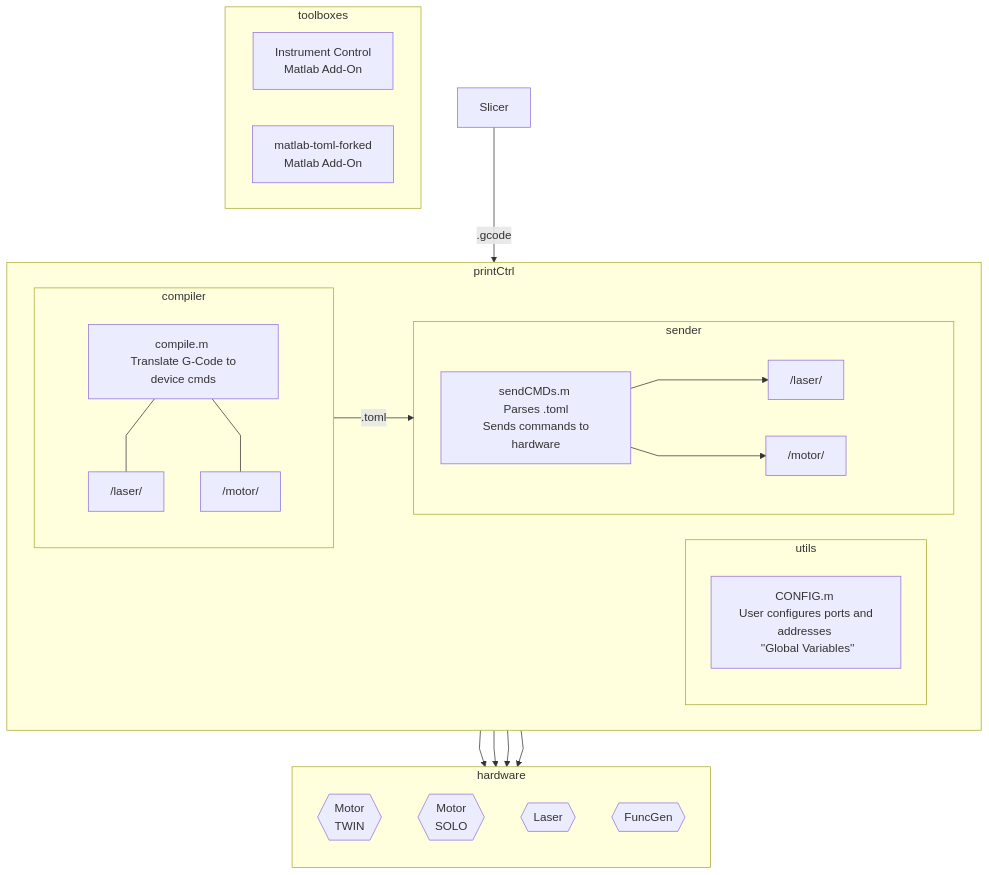
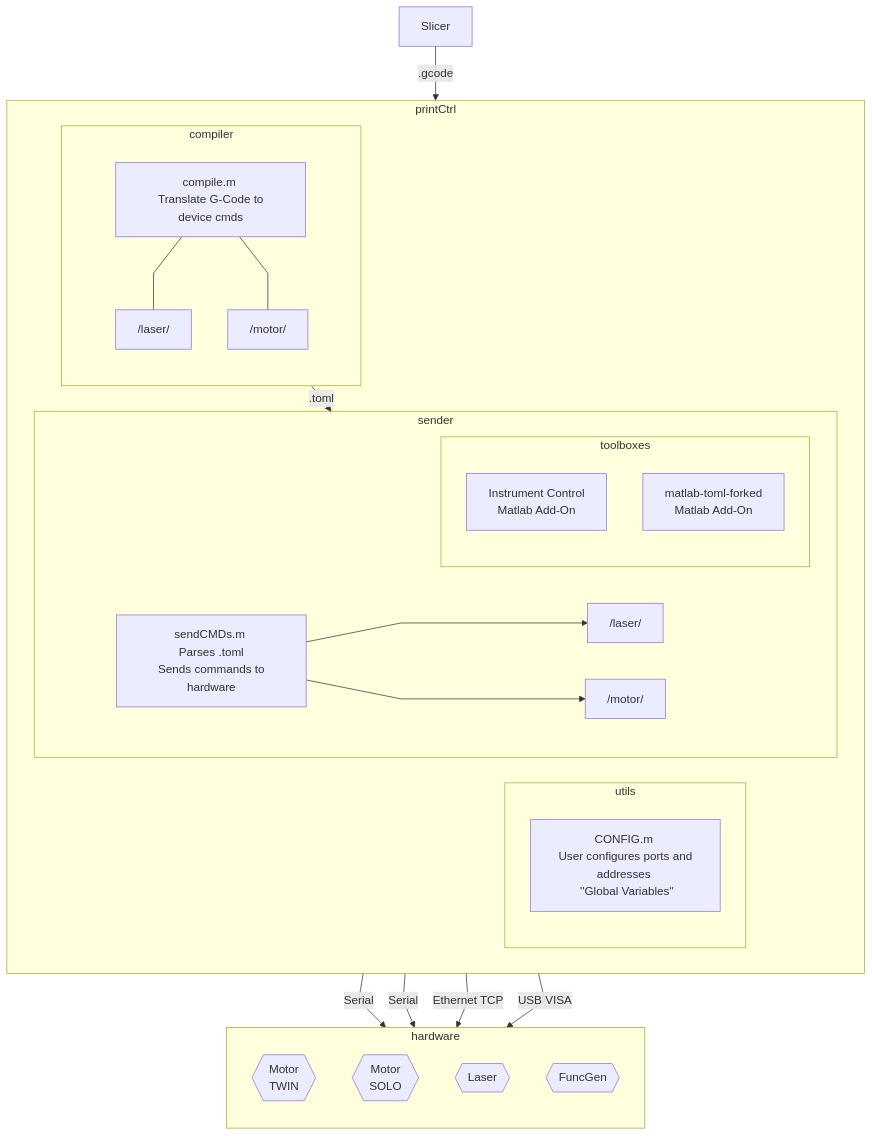
One commit to Aaron638/cpre491-senior-proj changed the second of 3 diagrams in docs/diagrams.md. Above: the diagram before and after it, drawn with Mermaid. The commit also changed other lines of this file and 14 other files, not shown here.

````diff
--- a/docs/diagrams.md
+++ b/docs/diagrams.md
@@ -63,50 +63,49 @@
 ```mermaid
-
 flowchart TB
     linkStyle default interpolate linear
     slicer["Slicer"];
 
     subgraph printCtrl
         direction LR
-
         
         subgraph compiler
             c["compile.m \n Translate G-Code to device cmds"];
             cm["/motor/ \n"];
             cl["/laser/ \n"];
 
             c --- cl & cm;
         end
 
         subgraph utils     
             cfg["CONFIG.m \n User configures ports and addresses \n ''Global Variables''"];
         end
 
         subgraph sender
             s["sendCMDs.m \n Parses .toml \n Sends commands to hardware"];
             sm["/motor/ \n"];
             sl["/laser/ \n"];
 
             s --> sl & sm;
+
+            subgraph toolboxes
+                pc3["Instrument Control \n Matlab Add-On"];
+                pc2["matlab-toml-forked \n Matlab Add-On"];
+            end
         end
     end
 
     slicer --.gcode--> compiler;
     compiler --.toml--> sender;
 
     subgraph hardware
         direction TB
         hw1{{"Motor \n TWIN"}};
         hw2{{"Motor \n SOLO"}};
         hw3{{"Laser"}};
         hw4{{"FuncGen"}};
     end
 
-    sl --> hw3 & hw4;
-    sm --> hw1 & hw2;
-
-    subgraph toolboxes
-        pc3["Instrument Control \n Matlab Add-On"];
-        pc2["matlab-toml-forked \n Matlab Add-On"];
-    end
+    sm --Serial--> hw1 & hw2;
+    sl --Ethernet TCP--> hw3;
+    s --USB VISA--> hw4;
 ``` 
````
